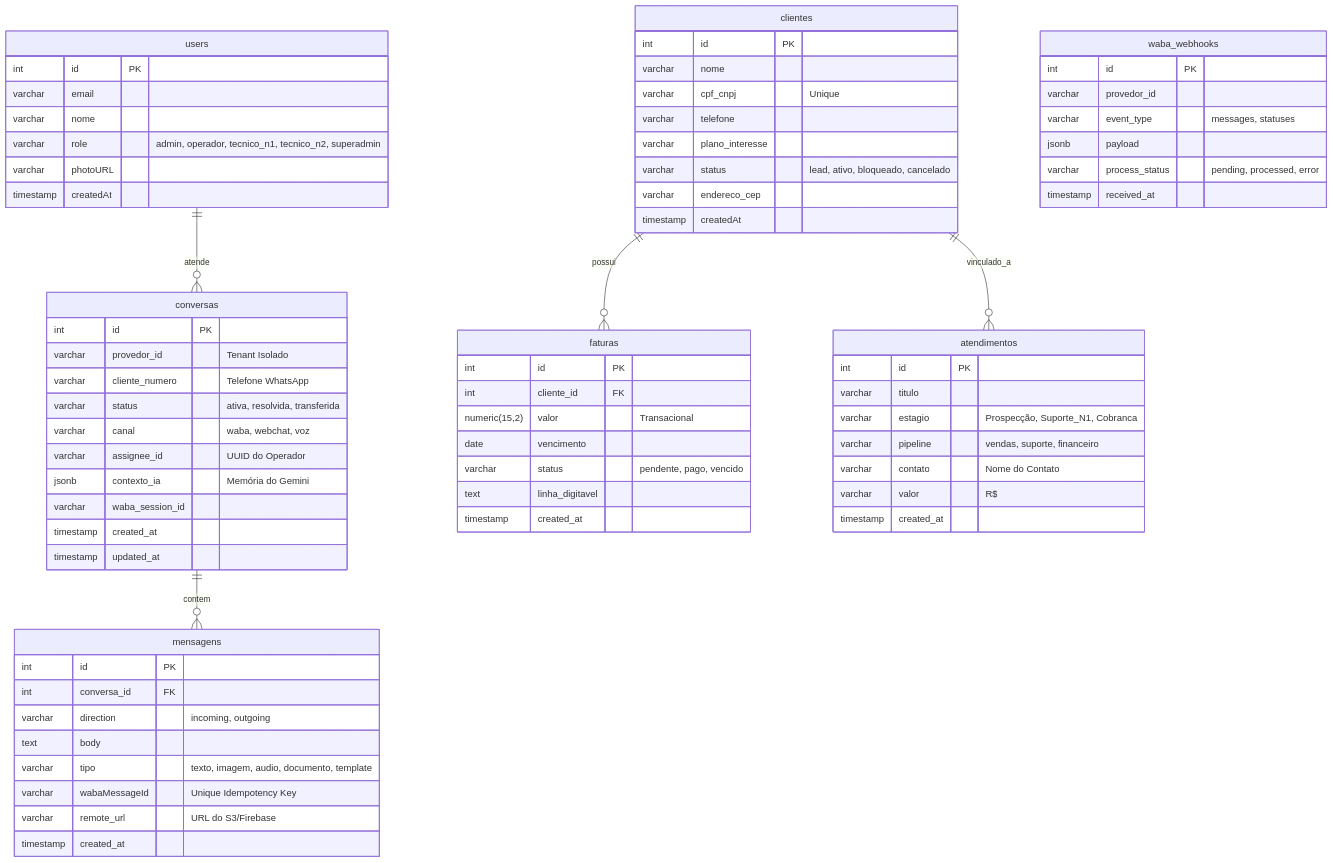
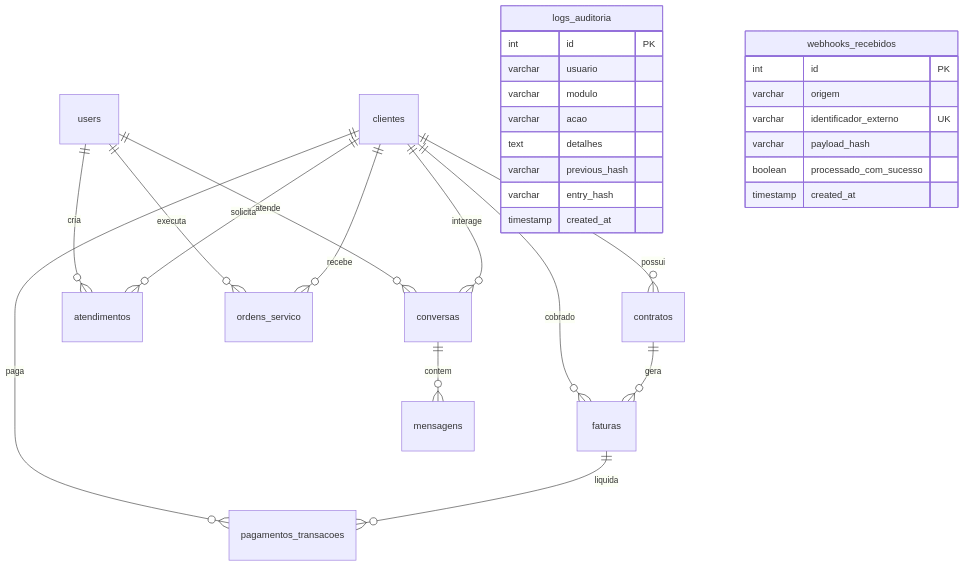
The diagram in infra.md (enlaceslz/nap-ai), drawn with Mermaid before and after one commit. The commit also changed other lines of this file and 16 other files, not shown here.

````diff
--- a/infra.md
+++ b/infra.md
@@ -7,80 +64,38 @@
 ```mermaid
 erDiagram
-    users {
+    users ||--o{ conversas : "atende"
+    users ||--o{ atendimentos : "cria"
+    users ||--o{ ordens_servico : "executa"
+
+    clientes ||--o{ contratos : "possui"
+    clientes ||--o{ faturas : "cobrado"
+    clientes ||--o{ pagamentos_transacoes : "paga"
+    clientes ||--o{ conversas : "interage"
+    clientes ||--o{ atendimentos : "solicita"
+    clientes ||--o{ ordens_servico : "recebe"
+
+    contratos ||--o{ faturas : "gera"
+    faturas ||--o{ pagamentos_transacoes : "liquida"
+
+    conversas ||--o{ mensagens : "contem"
+
+    logs_auditoria {
         int id PK
-        varchar email
-        varchar nome
-        varchar role "admin, operador, tecnico_n1, tecnico_n2, superadmin"
-        varchar photoURL
-        timestamp createdAt
-    }
-
-    clientes {
-        int id PK
-        varchar nome
-        varchar cpf_cnpj "Unique"
-        varchar telefone
-        varchar plano_interesse
-        varchar status "lead, ativo, bloqueado, cancelado"
-        varchar endereco_cep
-        timestamp createdAt
-    }
-
-    faturas {
-        int id PK
-        int cliente_id FK
-        numeric(15,2) valor "Transacional"
-        date vencimento
-        varchar status "pendente, pago, vencido"
-        text linha_digitavel
+        varchar usuario
+        varchar modulo
+        varchar acao
+        text detalhes
+        varchar previous_hash
+        varchar entry_hash
         timestamp created_at
     }
 
-    conversas {
+    webhooks_recebidos {
         int id PK
-        varchar provedor_id "Tenant Isolado"
-        varchar cliente_numero "Telefone WhatsApp"
-        varchar status "ativa, resolvida, transferida"
-        varchar canal "waba, webchat, voz"
-        varchar assignee_id "UUID do Operador"
-        jsonb contexto_ia "Memória do Gemini"
-        varchar waba_session_id
-        timestamp created_at
-        timestamp updated_at
-    }
-
-    mensagens {
-        int id PK
-        int conversa_id FK
-        varchar direction "incoming, outgoing"
-        text body
-        varchar tipo "texto, imagem, audio, documento, template"
-        varchar wabaMessageId "Unique Idempotency Key"
-        varchar remote_url "URL do S3/Firebase"
+        varchar origem
+        varchar identificador_externo UK
+        varchar payload_hash
+        boolean processado_com_sucesso
         timestamp created_at
     }
-
-    waba_webhooks {
-        int id PK
-        varchar provedor_id
-        varchar event_type "messages, statuses"
-        jsonb payload
-        varchar process_status "pending, processed, error"
-        timestamp received_at
-    }
-
-    atendimentos {
-        int id PK
-        varchar titulo
-        varchar estagio "Prospecção, Suporte_N1, Cobranca"
-        varchar pipeline "vendas, suporte, financeiro"
-        varchar contato "Nome do Contato"
-        varchar valor "R$"
-        timestamp created_at
-    }
-
-    clientes ||--o{ faturas : "possui"
-    clientes ||--o{ atendimentos : "vinculado_a"
-    conversas ||--o{ mensagens : "contem"
-    users ||--o{ conversas : "atende"
 ```
````
